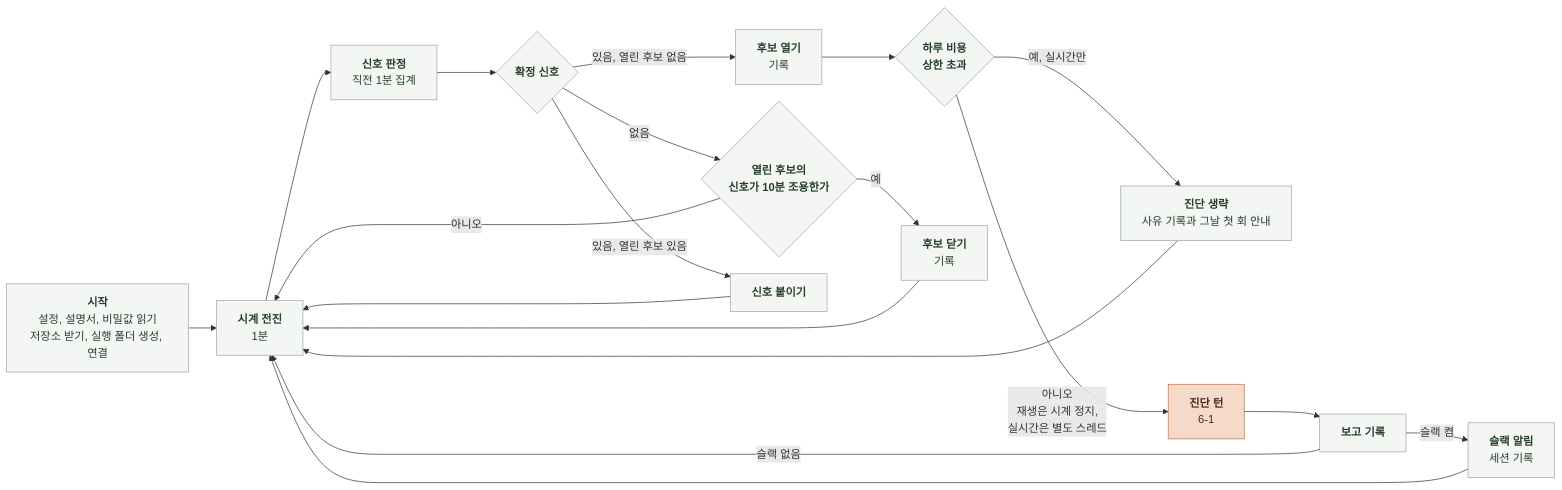
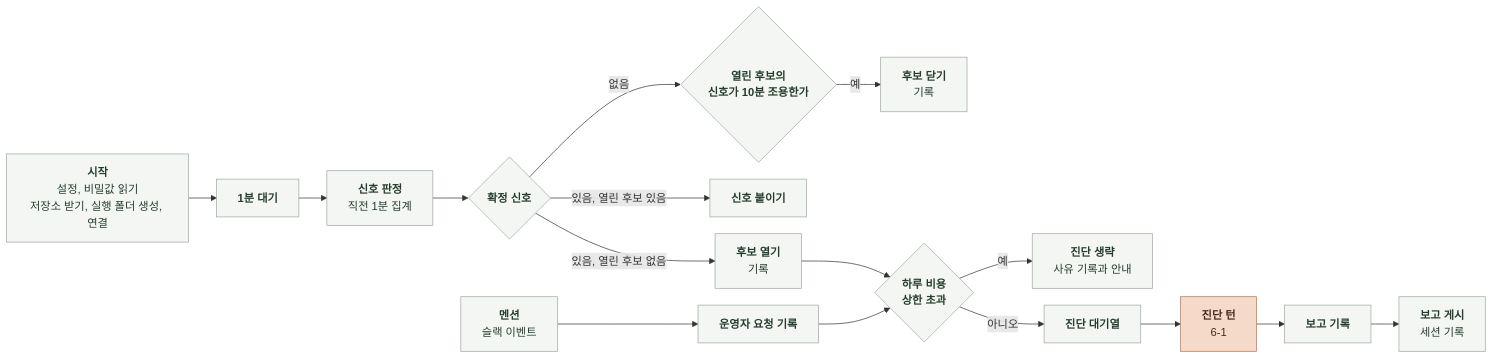
The first of 2 diagrams in docs/domain/OBSERVABILITY/AI/6-2-SOFTWARE-IMPLEMENTATION.md (KIM-N-KANG/knk-harness), drawn with Mermaid before and after one commit. The commit also changed other lines of this file and 18 other files, not shown here.

````diff
--- a/docs/domain/OBSERVABILITY/AI/6-2-SOFTWARE-IMPLEMENTATION.md
+++ b/docs/domain/OBSERVABILITY/AI/6-2-SOFTWARE-IMPLEMENTATION.md
@@ -13,39 +13,34 @@
 ```mermaid
 %%{init: {"flowchart": {"curve": "basis", "nodeSpacing": 24, "rankSpacing": 40}}}%%
 flowchart LR
     S["`**시작**
-설정, 설명서, 비밀값 읽기
-저장소 받기, 실행 폴더 생성, 연결`"] --> C["`**시계 전진**
-1분`"]
+설정, 비밀값 읽기
+저장소 받기, 실행 폴더 생성, 연결`"] --> C["`**1분 대기**`"]
     C --> D["`**신호 판정**
 직전 1분 집계`"]
     D --> K{"`**확정 신호**`"}
-    K -->|"`없음`"| X{"`**열린 후보의
-신호가 10분 조용한가**`"}
     K -->|"`있음, 열린 후보 없음`"| N["`**후보 열기**
 기록`"]
     K -->|"`있음, 열린 후보 있음`"| A["`**신호 붙이기**`"]
+    K -->|"`없음`"| X{"`**열린 후보의
+신호가 10분 조용한가**`"}
+    X -->|"`예`"| Z["`**후보 닫기**
+기록`"]
+    E["`**멘션**
+슬랙 이벤트`"] --> MN["`**운영자 요청 기록**`"]
     N --> B{"`**하루 비용
 상한 초과**`"}
-    B -->|"`예, 실시간만`"| SK["`**진단 생략**
-사유 기록과 그날 첫 회 안내`"]
-    B -->|"`아니오
-재생은 시계 정지,
-실시간은 별도 스레드`"| G["`**진단 턴**
+    MN --> B
+    B -->|"`예`"| SK["`**진단 생략**
+사유 기록과 안내`"]
+    B -->|"`아니오`"| Q["`**진단 대기열**`"]
+    Q --> G["`**진단 턴**
 6-1`"]
     G --> W["`**보고 기록**`"]
-    W -->|"`슬랙 켬`"| L["`**슬랙 알림**
+    W --> L["`**보고 게시**
 세션 기록`"]
-    W -->|"`슬랙 없음`"| C
-    L --> C
-    SK --> C
-    A --> C
-    X -->|"`예`"| Z["`**후보 닫기**
-기록`"]
-    X -->|"`아니오`"| C
-    Z --> C
     classDef model fill:#F5D9C9,stroke:#B97450,color:#452B1D
     classDef code fill:#F4F6F4,stroke:#9BA99E,color:#253C2C
     class G model
-    class S,C,D,K,X,N,A,B,SK,W,Z,L code
+    class S,C,D,K,X,N,A,Z,E,MN,B,SK,Q,W,L code
 ```
````
